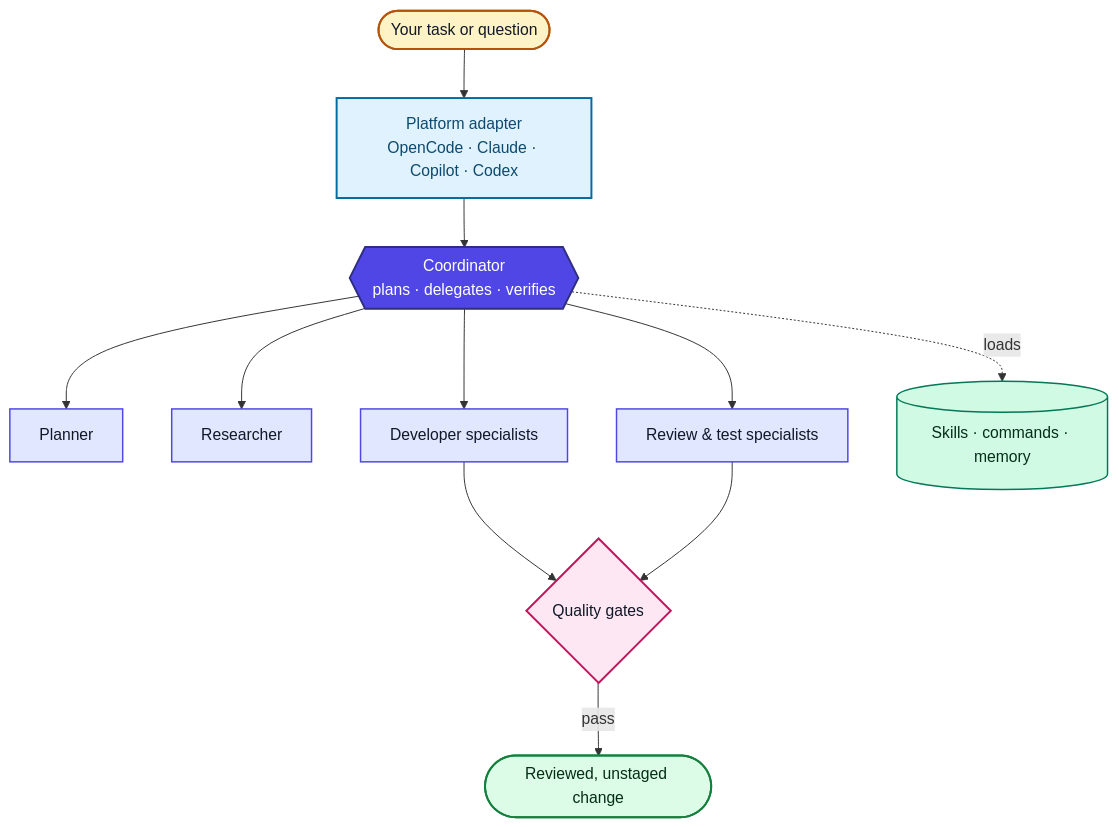
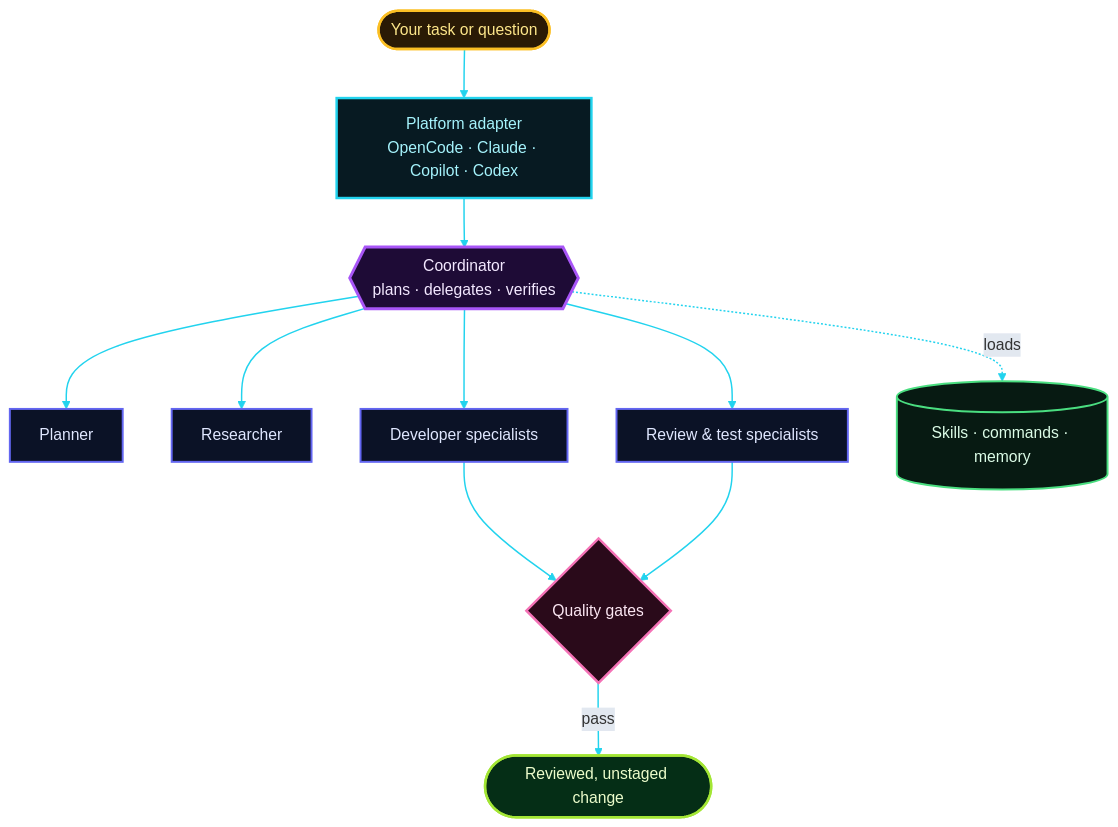
The first of 6 diagrams in README.md (GabrielAlmeidaFlores/OPENCODE-TOOL-ENHANCER), drawn with Mermaid before and after one commit. The commit also changed other lines of this file and 1 other file, not shown here.

Commit message:
docs: apply shared neon palette to all Mermaid diagrams

````diff
--- a/README.md
+++ b/README.md
@@ -96,30 +96,32 @@
 ```mermaid
+%%{init: {"theme":"base","themeVariables":{"fontFamily":"Inter, system-ui, sans-serif","lineColor":"#22D3EE","edgeLabelBackground":"#E2E8F0"}}}%%
 flowchart TB
     U([Your task or question]) --> A[Platform adapter<br/>OpenCode · Claude · Copilot · Codex]
     A --> C{{Coordinator<br/>plans · delegates · verifies}}
 
     C --> P[Planner]
     C --> R[Researcher]
     C --> DEV[Developer specialists]
     C --> V[Review & test specialists]
     C -. loads .-> K[(Skills · commands · memory)]
 
     DEV --> Q{Quality gates}
     V --> Q
     Q -->|pass| DONE([Reviewed, unstaged change])
 
-    classDef human fill:#FEF3C7,stroke:#B45309,stroke-width:2px,color:#111827
-    classDef adapter fill:#E0F2FE,stroke:#0369A1,stroke-width:2px,color:#0C4A6E
-    classDef coord fill:#4F46E5,stroke:#312E81,stroke-width:2px,color:#FFFFFF
-    classDef agent fill:#E0E7FF,stroke:#4F46E5,stroke-width:1.5px,color:#111827
-    classDef resource fill:#D1FAE5,stroke:#047857,stroke-width:1.5px,color:#052E16
-    classDef gate fill:#FCE7F3,stroke:#BE185D,stroke-width:2px,color:#111827
-    classDef done fill:#DCFCE7,stroke:#15803D,stroke-width:2px,color:#052E16
+    classDef human fill:#2A1A05,stroke:#FBBF24,stroke-width:2.5px,color:#FDE68A
+    classDef adapter fill:#071A22,stroke:#22D3EE,stroke-width:2.5px,color:#A5F3FC
+    classDef coord fill:#1E0B36,stroke:#A855F7,stroke-width:3px,color:#F3E8FF
+    classDef agent fill:#0B1226,stroke:#6366F1,stroke-width:2px,color:#E0E7FF
+    classDef resource fill:#071A12,stroke:#4ADE80,stroke-width:2px,color:#DCFCE7
+    classDef gate fill:#2A0A1A,stroke:#F472B6,stroke-width:2.5px,color:#FCE7F3
+    classDef done fill:#052E16,stroke:#A3E635,stroke-width:2.5px,color:#ECFCCB
     class U human
     class A adapter
     class C coord
     class P,R,DEV,V agent
     class K resource
     class Q gate
     class DONE done
+    linkStyle default stroke:#22D3EE,stroke-width:1.5px
 ```
````
